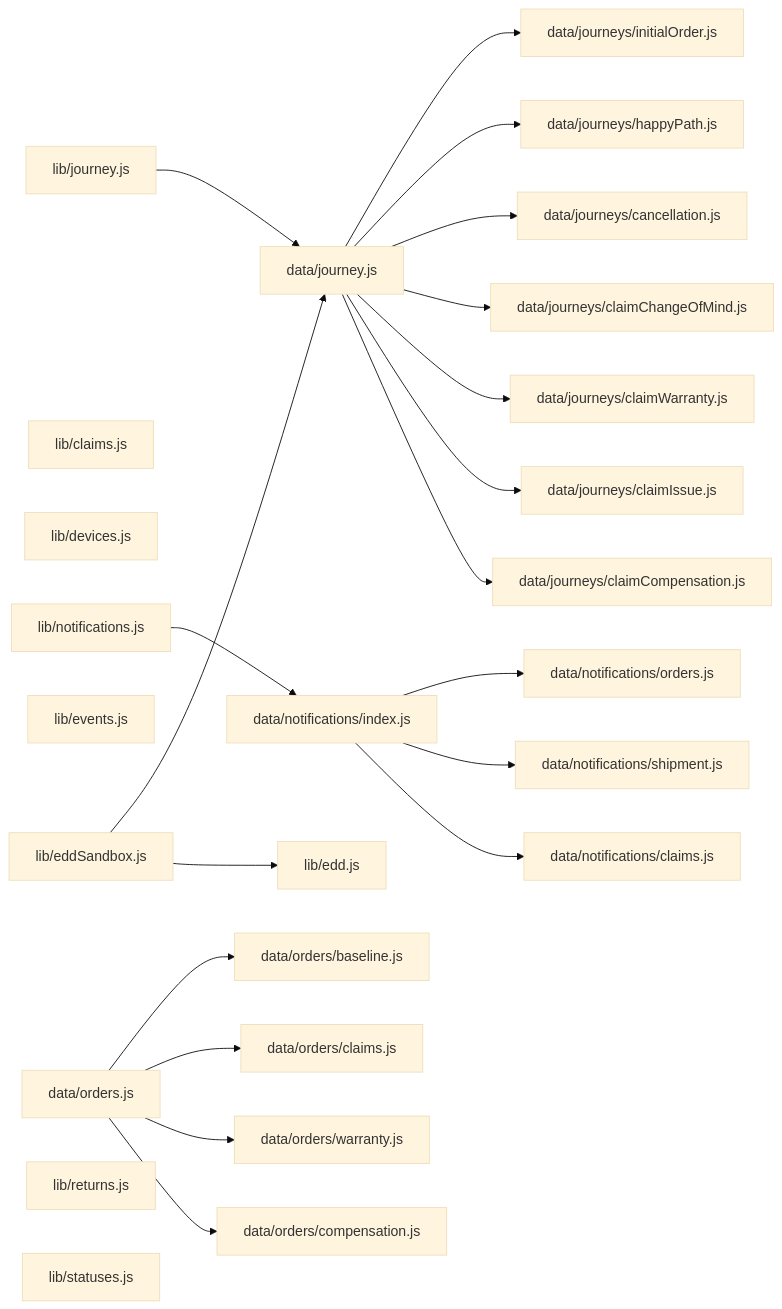
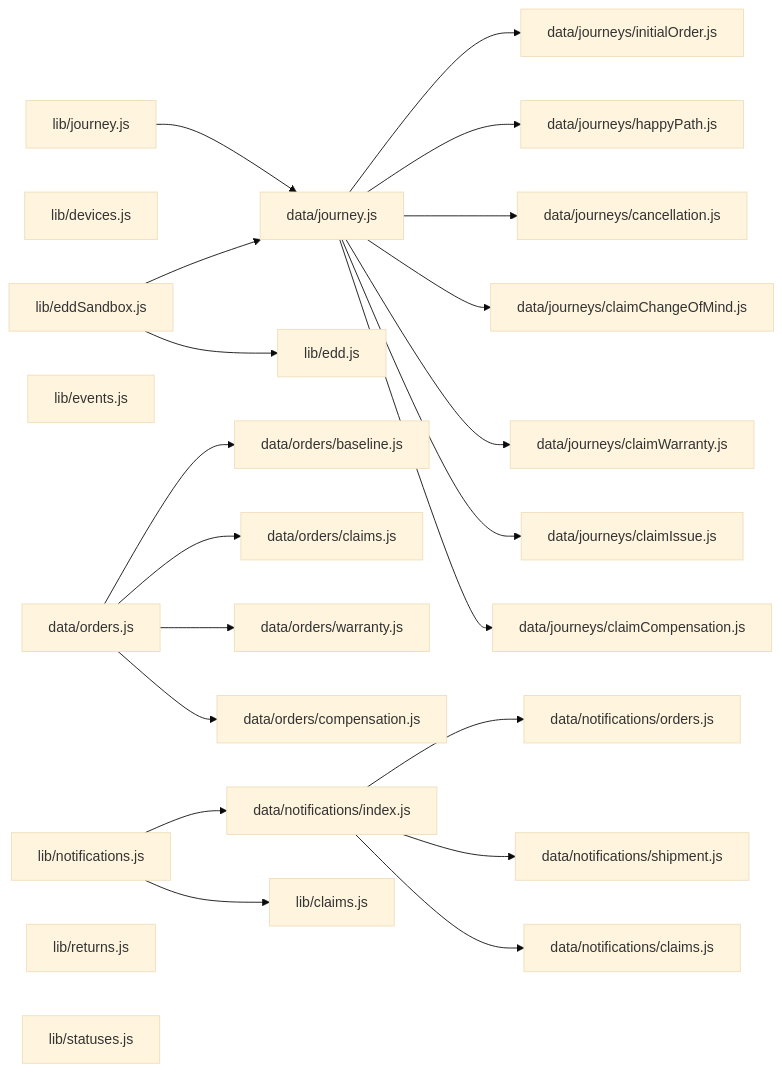
One commit to andrea-revibe/my-account-redesign-v2 changed the diagram in docs/code_map.md. Above: the diagram before and after it, drawn with Mermaid (base theme). The commit also changed other lines of this file and 8 other files, not shown here.

````diff
--- a/docs/code_map.md
+++ b/docs/code_map.md
@@ -186,47 +186,48 @@
 ```mermaid
 graph LR
   data_journey_js["data/journey.js"]
   data_journeys_cancellation_js["data/journeys/cancellation.js"]
   data_journeys_claimChangeOfMind_js["data/journeys/claimChangeOfMind.js"]
   data_journeys_claimCompensation_js["data/journeys/claimCompensation.js"]
   data_journeys_claimIssue_js["data/journeys/claimIssue.js"]
   data_journeys_claimWarranty_js["data/journeys/claimWarranty.js"]
   data_journeys_happyPath_js["data/journeys/happyPath.js"]
   data_journeys_initialOrder_js["data/journeys/initialOrder.js"]
   data_notifications_claims_js["data/notifications/claims.js"]
   data_notifications_index_js["data/notifications/index.js"]
   data_notifications_orders_js["data/notifications/orders.js"]
   data_notifications_shipment_js["data/notifications/shipment.js"]
   data_orders_js["data/orders.js"]
   data_orders_baseline_js["data/orders/baseline.js"]
   data_orders_claims_js["data/orders/claims.js"]
   data_orders_compensation_js["data/orders/compensation.js"]
   data_orders_warranty_js["data/orders/warranty.js"]
   lib_claims_js["lib/claims.js"]
   lib_devices_js["lib/devices.js"]
   lib_edd_js["lib/edd.js"]
   lib_eddSandbox_js["lib/eddSandbox.js"]
   lib_events_js["lib/events.js"]
   lib_journey_js["lib/journey.js"]
   lib_notifications_js["lib/notifications.js"]
   lib_returns_js["lib/returns.js"]
   lib_statuses_js["lib/statuses.js"]
   data_journey_js --> data_journeys_initialOrder_js
   data_journey_js --> data_journeys_happyPath_js
   data_journey_js --> data_journeys_cancellation_js
   data_journey_js --> data_journeys_claimChangeOfMind_js
   data_journey_js --> data_journeys_claimWarranty_js
   data_journey_js --> data_journeys_claimIssue_js
   data_journey_js --> data_journeys_claimCompensation_js
   data_notifications_index_js --> data_notifications_orders_js
   data_notifications_index_js --> data_notifications_shipment_js
   data_notifications_index_js --> data_notifications_claims_js
   data_orders_js --> data_orders_baseline_js
   data_orders_js --> data_orders_claims_js
   data_orders_js --> data_orders_warranty_js
   data_orders_js --> data_orders_compensation_js
   lib_eddSandbox_js --> data_journey_js
   lib_eddSandbox_js --> lib_edd_js
   lib_journey_js --> data_journey_js
   lib_notifications_js --> data_notifications_index_js
+  lib_notifications_js --> lib_claims_js
 ```
````
